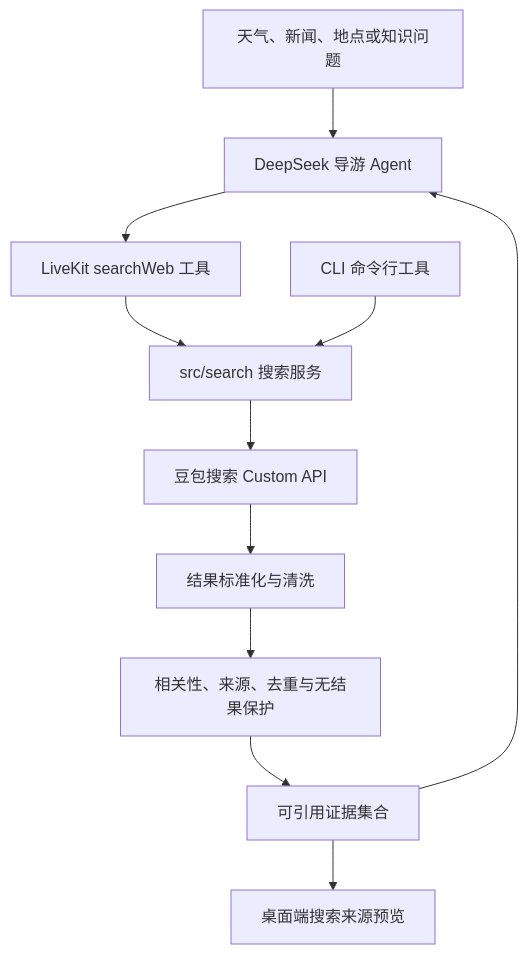
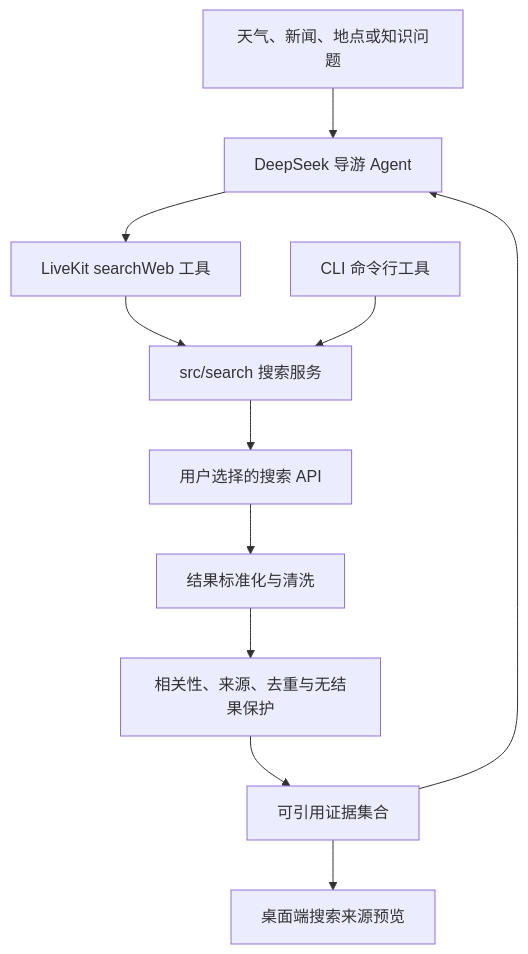
Before and after one commit to QAyong/msfs-ai-voice-guide: the diagram in docs/specs/spec-003-web-search-and-capability-modules.md, drawn with Mermaid. The commit also changed other lines of this file and 29 other files, not shown here.

````diff
--- a/docs/specs/spec-003-web-search-and-capability-modules.md
+++ b/docs/specs/spec-003-web-search-and-capability-modules.md
@@ -42,13 +42,13 @@
 ```mermaid
 flowchart TD
     User[天气、新闻、地点或知识问题] --> Main[DeepSeek 导游 Agent]
     Main --> Tool[LiveKit searchWeb 工具]
     Tool --> Service[src/search 搜索服务]
     CLI[CLI 命令行工具] --> Service
-    Service --> API[豆包搜索 Custom API]
+    Service --> API[用户选择的搜索 API]
     API --> Normalize[结果标准化与清洗]
     Normalize --> Guard[相关性、来源、去重与无结果保护]
     Guard --> Evidence[可引用证据集合]
     Evidence --> Main
     Evidence --> Preview[桌面端搜索来源预览]
 ```
````
